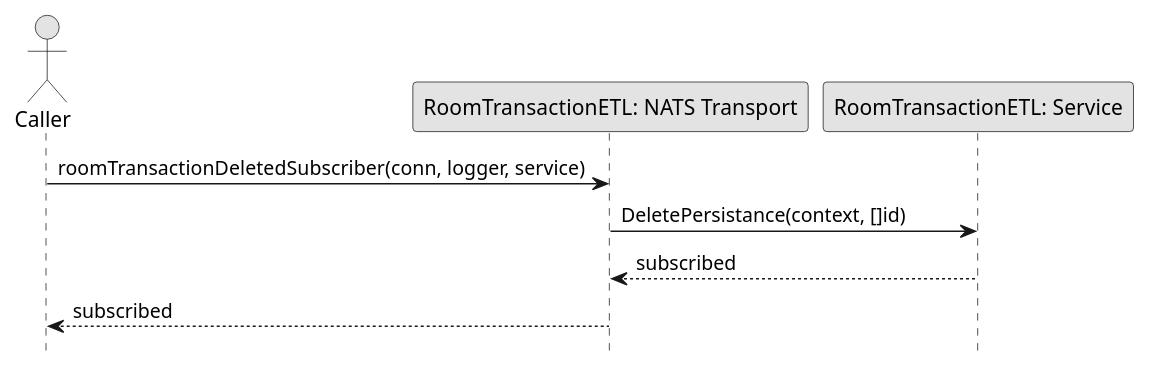
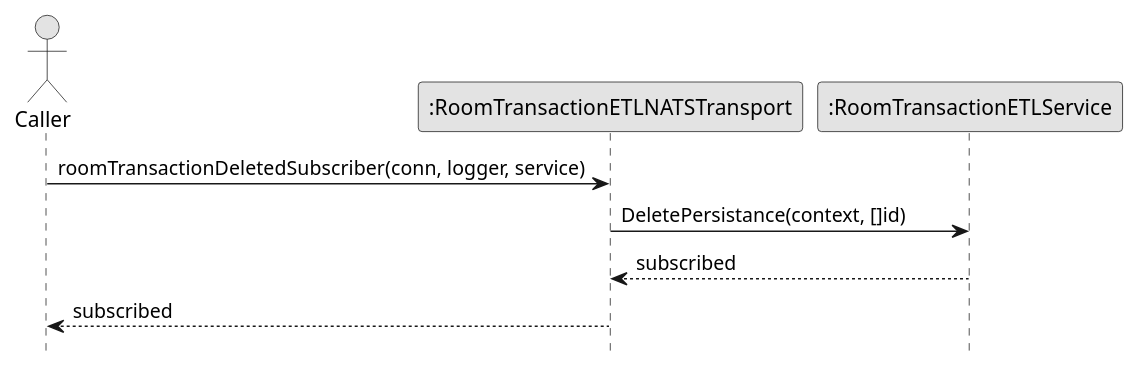
The diagram in Sequence/Release02/EVENT_SubscribeRTDelete.wsd (fwidjaya20/fazzlearning-uml), drawn with PlantUML before and after one commit. The commit also changed 108 other files, not shown here.

Commit message:
fix(diagram): change participant format name (#30)

```diff
--- a/Sequence/Release02/EVENT_SubscribeRTDelete.wsd
+++ b/Sequence/Release02/EVENT_SubscribeRTDelete.wsd
@@ -1,17 +1,17 @@
 @startuml SubscribeRTDeleted
 
 skinparam ConditionStyle hline
 skinparam Monochrome true
 skinparam Shadowing false
 hide footbox
 
 actor Caller
-participant "RoomTransactionETL: NATS Transport" as RoomTransactionETLNATSTransport
-participant "RoomTransactionETL: Service" as RoomTransactionETLService
+participant ":RoomTransactionETLNATSTransport" as RoomTransactionETLNATSTransport
+participant ":RoomTransactionETLService" as RoomTransactionETLService
 
 Caller->RoomTransactionETLNATSTransport: roomTransactionDeletedSubscriber(conn, logger, service)
 RoomTransactionETLNATSTransport->RoomTransactionETLService: DeletePersistance(context, []id)
 RoomTransactionETLService-->RoomTransactionETLNATSTransport: subscribed
 RoomTransactionETLNATSTransport-->Caller: subscribed
 
 @enduml
```
